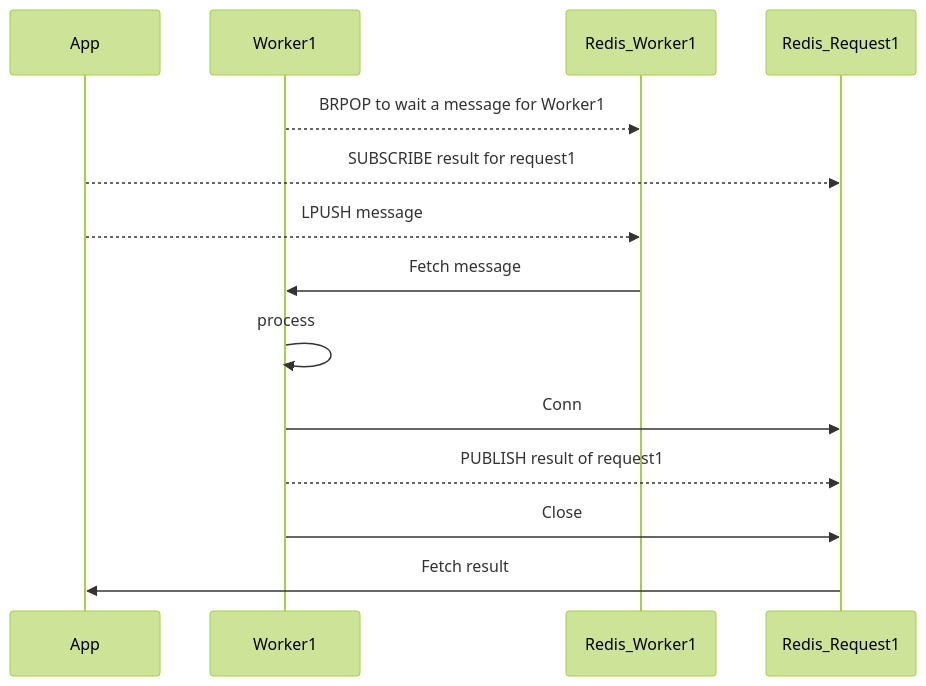
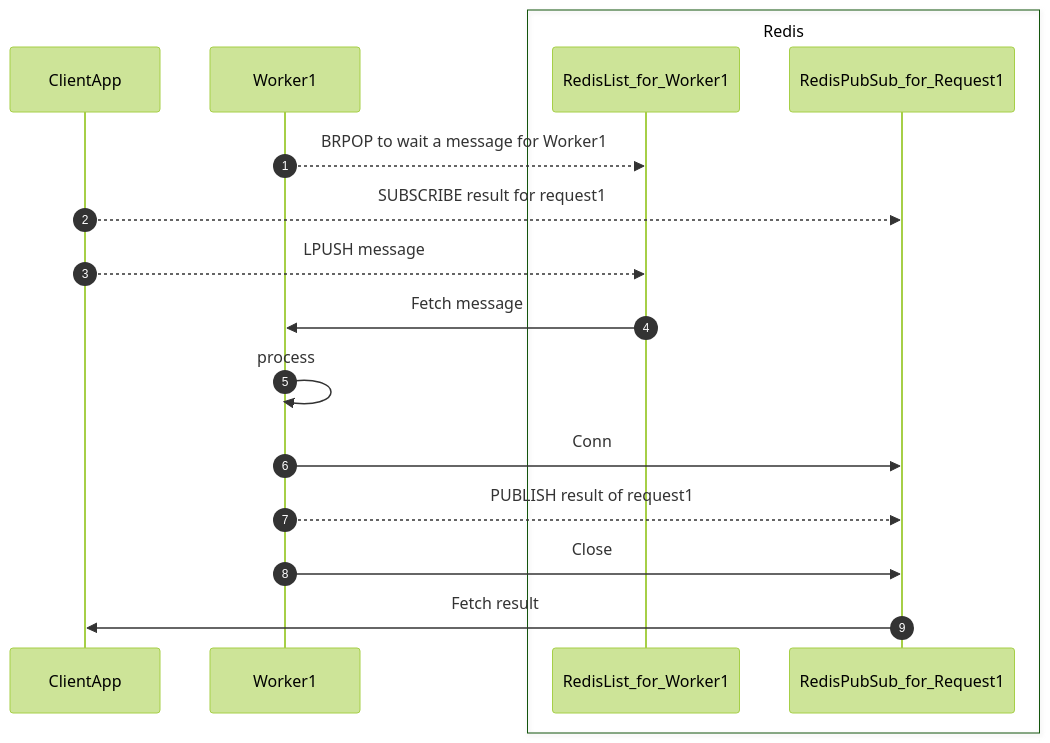
The diagram in README.md (pecolynx/bamboo), drawn with Mermaid (forest theme) before and after one commit. The commit also changed other lines of this file and 22 other files, not shown here.

````diff
--- a/README.md
+++ b/README.md
@@ -16,18 +16,22 @@
 ```mermaid
 sequenceDiagram
+autonumber
 
-participant App
+participant ClientApp
 participant Worker1
-participant Redis_Worker1
+box Redis
+participant RedisList_for_Worker1
+participant RedisPubSub_for_Request1
+end
 
-Worker1 -->> Redis_Worker1: BRPOP to wait a message for Worker1
+Worker1 -->> RedisList_for_Worker1: BRPOP to wait a message for Worker1
 
-App -->> Redis_Request1: SUBSCRIBE result for request1
-App -->> Redis_Worker1: LPUSH message
-Redis_Worker1 ->> Worker1: Fetch message
+ClientApp -->> RedisPubSub_for_Request1: SUBSCRIBE result for request1
+ClientApp -->> RedisList_for_Worker1: LPUSH message
+RedisList_for_Worker1 ->> Worker1: Fetch message
 Worker1 ->> Worker1: process
-Worker1 ->> Redis_Request1: Conn
-Worker1 -->> Redis_Request1: PUBLISH result of request1
-Worker1 ->> Redis_Request1: Close
-Redis_Request1 ->> App: Fetch result
+Worker1 ->> RedisPubSub_for_Request1: Conn
+Worker1 -->> RedisPubSub_for_Request1: PUBLISH result of request1
+Worker1 ->> RedisPubSub_for_Request1: Close
+RedisPubSub_for_Request1 ->> ClientApp: Fetch result
 ```
````
